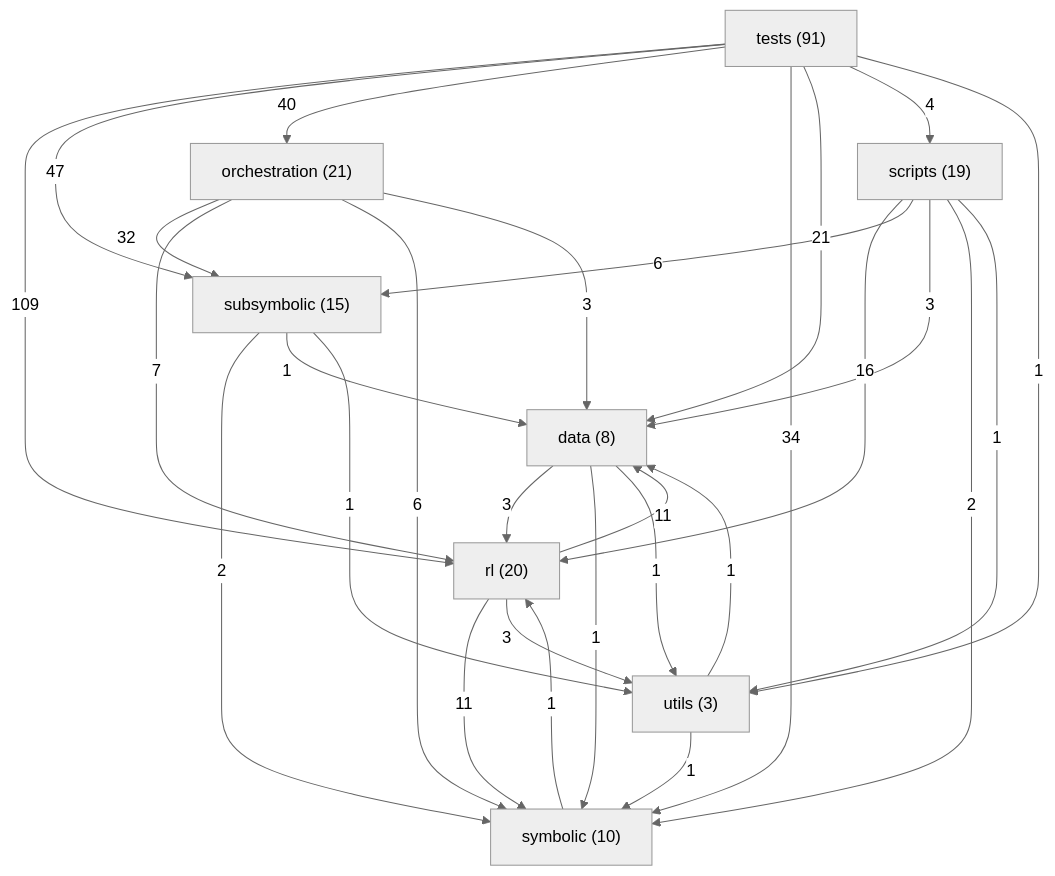
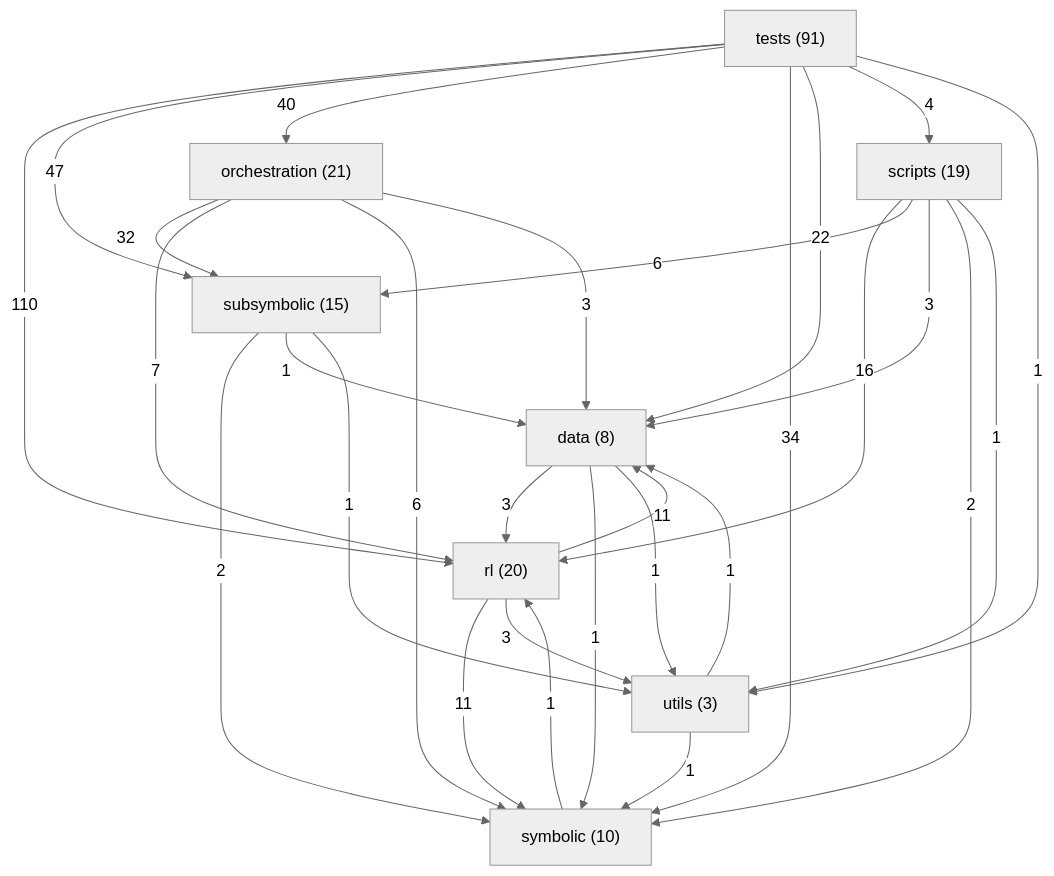
One commit to danrd/ARC-AGI changed the diagram in ARCHITECTURE.md. Above: the diagram before and after it, drawn with Mermaid (neutral theme). The commit also changed other lines of this file and 7 other files, not shown here.

````diff
--- a/ARCHITECTURE.md
+++ b/ARCHITECTURE.md
@@ -211,39 +211,39 @@
 ```mermaid
 graph TD
   data["data (8)"]
   orchestration["orchestration (21)"]
   rl["rl (20)"]
   scripts["scripts (19)"]
   subsymbolic["subsymbolic (15)"]
   symbolic["symbolic (10)"]
   tests["tests (91)"]
   utils["utils (3)"]
-  tests -->|109| rl
+  tests -->|110| rl
   tests -->|47| subsymbolic
   tests -->|40| orchestration
   tests -->|34| symbolic
   orchestration -->|32| subsymbolic
-  tests -->|21| data
+  tests -->|22| data
   scripts -->|16| rl
   rl -->|11| data
   rl -->|11| symbolic
   orchestration -->|7| rl
   orchestration -->|6| symbolic
   scripts -->|6| subsymbolic
   tests -->|4| scripts
   data -->|3| rl
   orchestration -->|3| data
   rl -->|3| utils
   scripts -->|3| data
   scripts -->|2| symbolic
   subsymbolic -->|2| symbolic
   data -->|1| symbolic
   data -->|1| utils
   scripts -->|1| utils
   subsymbolic -->|1| data
   subsymbolic -->|1| utils
   symbolic -->|1| rl
   tests -->|1| utils
   utils -->|1| data
   utils -->|1| symbolic
 ```
````
